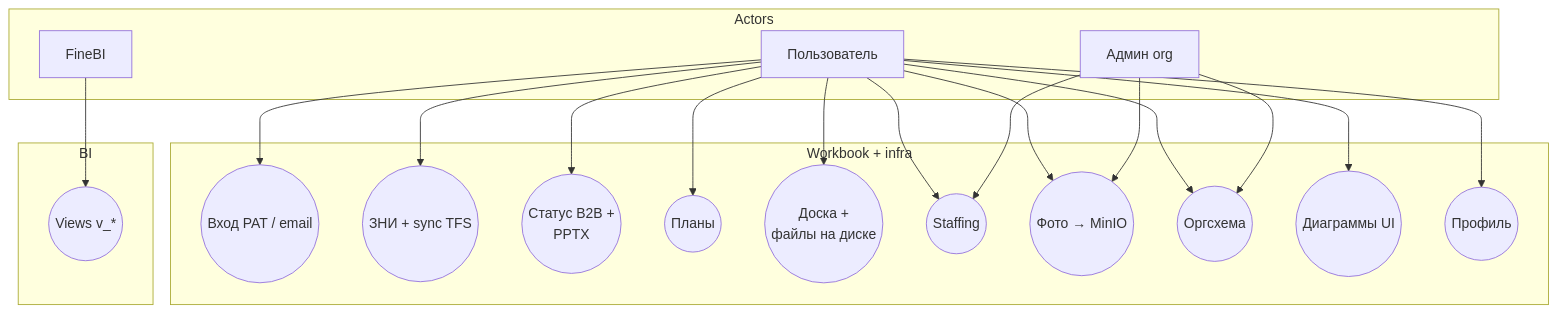
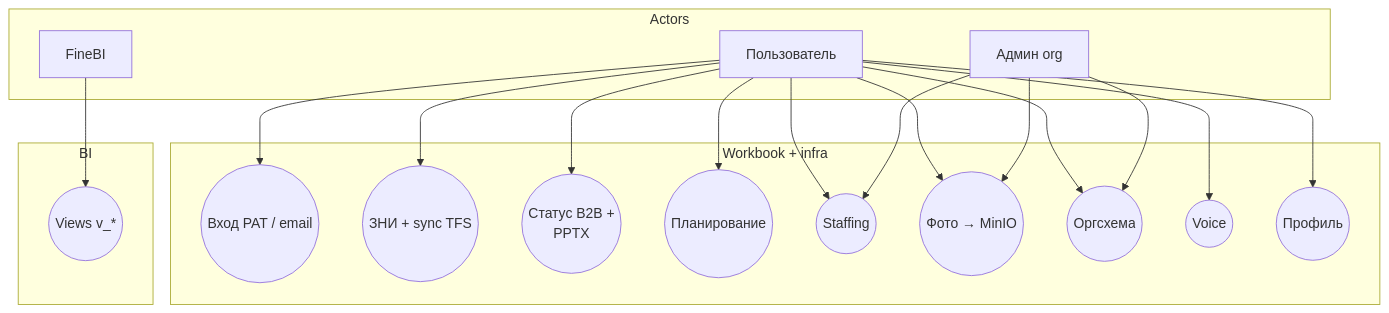
One commit to volchonok16/reporting changed the fifth of 9 diagrams in docs/diagrams.md. Above: the diagram before and after it, drawn with Mermaid. The commit also changed other lines of this file and 583 other files, not shown here.

````diff
--- a/docs/diagrams.md
+++ b/docs/diagrams.md
@@ -253,40 +237,38 @@
 ```mermaid
 flowchart TB
     subgraph Actors
         A1[Пользователь]
         A2[Админ org]
         A4[FineBI]
     end
 
     subgraph Web["Workbook + infra"]
         UC_AUTH((Вход PAT / email))
         UC_DASH((ЗНИ + sync TFS))
         UC_B2B((Статус B2B +\nPPTX))
-        UC_ROAD((Планы))
-        UC_YJ((Доска +\nфайлы на диске))
+        UC_ROAD((Планирование))
         UC_STAFF((Staffing))
         UC_PHOTO((Фото → MinIO))
         UC_ORG((Оргсхема))
-        UC_DIAG((Диаграммы UI))
+        UC_VOICE((Voice))
         UC_PROFILE((Профиль))
     end
 
     subgraph BI["BI"]
         UC2((Views v_*))
     end
 
     A1 --> UC_AUTH
     A1 --> UC_DASH
     A1 --> UC_B2B
     A1 --> UC_ROAD
-    A1 --> UC_YJ
     A1 --> UC_STAFF
     A1 --> UC_PHOTO
     A1 --> UC_ORG
-    A1 --> UC_DIAG
+    A1 --> UC_VOICE
     A1 --> UC_PROFILE
     A2 --> UC_ORG
     A2 --> UC_STAFF
     A2 --> UC_PHOTO
     A4 --> UC2
 ```
````
